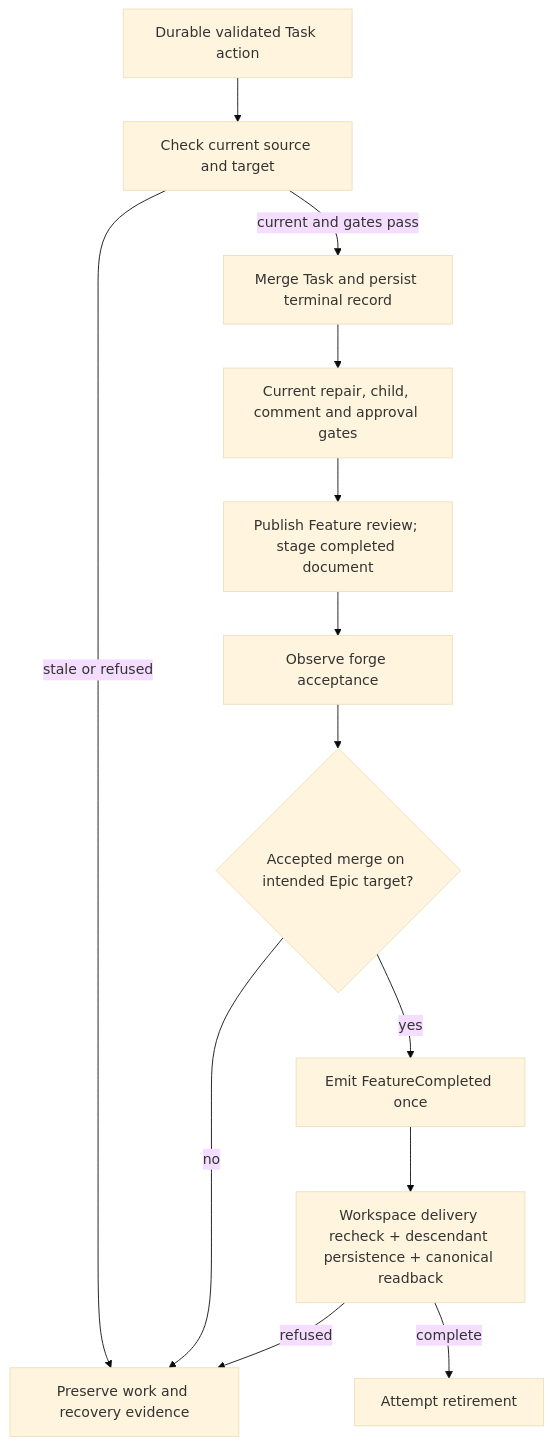
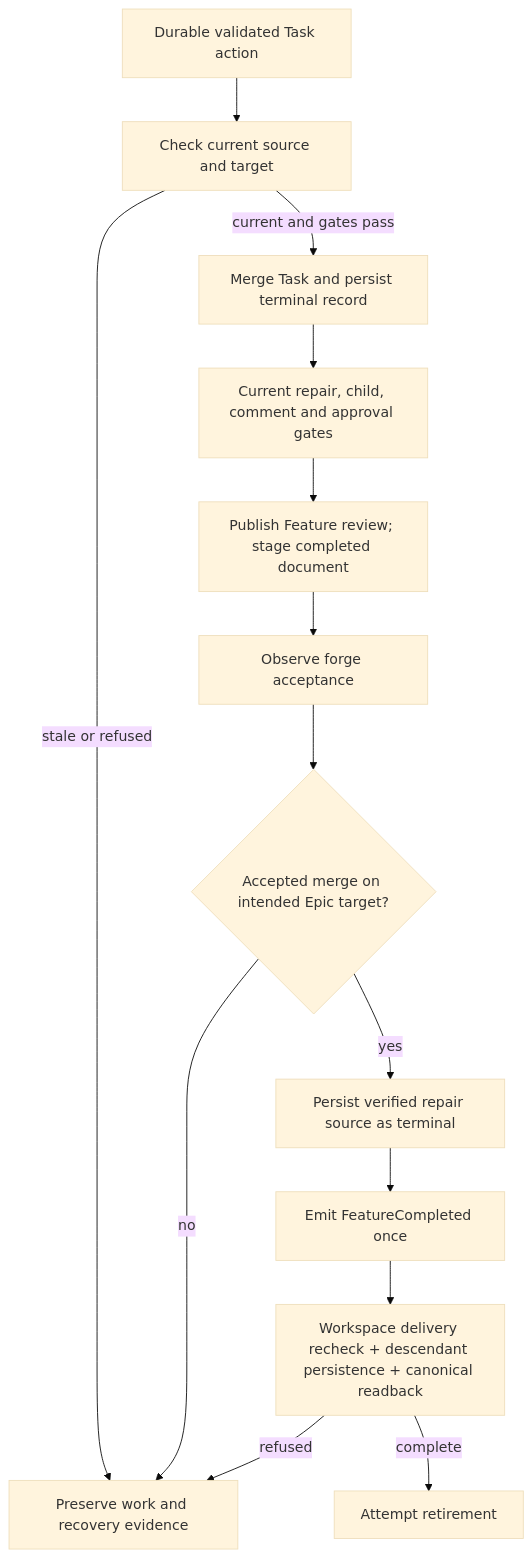
Before and after one commit to vincentc-b/CascadeCode: the diagram in cascade/boss/DESIGN.md, drawn with Mermaid (base theme). The commit also changed other lines of this file and 2 other files, not shown here.

First line of the commit message:
task/task_051_004_003: Prove complete repair journey and bounded recovery contract

````diff
--- a/cascade/boss/DESIGN.md
+++ b/cascade/boss/DESIGN.md
@@ -72,15 +80,16 @@
 ```mermaid
 flowchart TD
     Queue[Durable validated Task action] --> Pair[Check current source and target]
     Pair -->|current and gates pass| Merge[Merge Task and persist terminal record]
     Pair -->|stale or refused| Preserve[Preserve work and recovery evidence]
     Merge --> Rollup[Current repair, child, comment and approval gates]
     Rollup --> Review[Publish Feature review; stage completed document]
     Review --> Accept[Observe forge acceptance]
     Accept --> Target{Accepted merge on intended Epic target?}
     Target -->|no| Preserve
-    Target -->|yes| Event[Emit FeatureCompleted once]
+    Target -->|yes| Source[Persist verified repair source as terminal]
+    Source --> Event[Emit FeatureCompleted once]
     Event --> Proof[Workspace delivery recheck + descendant persistence + canonical readback]
     Proof -->|complete| Close[Attempt retirement]
     Proof -->|refused| Preserve
 ```
````
